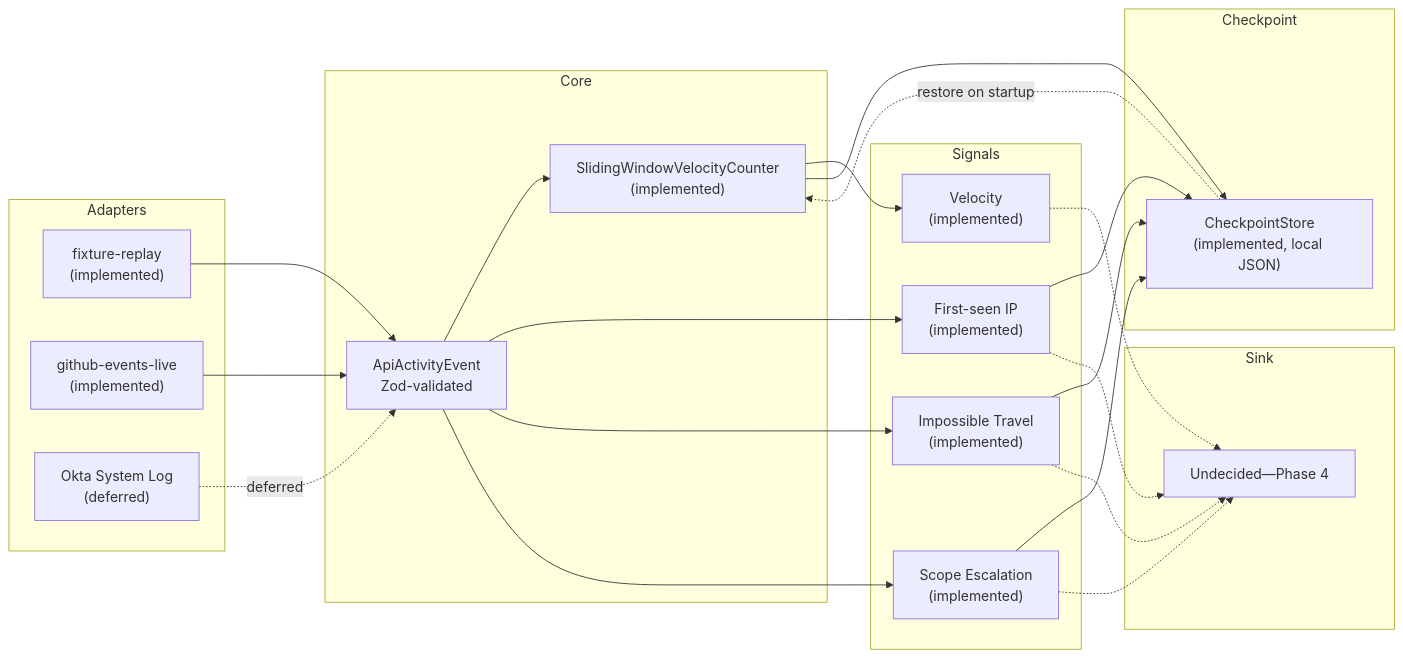
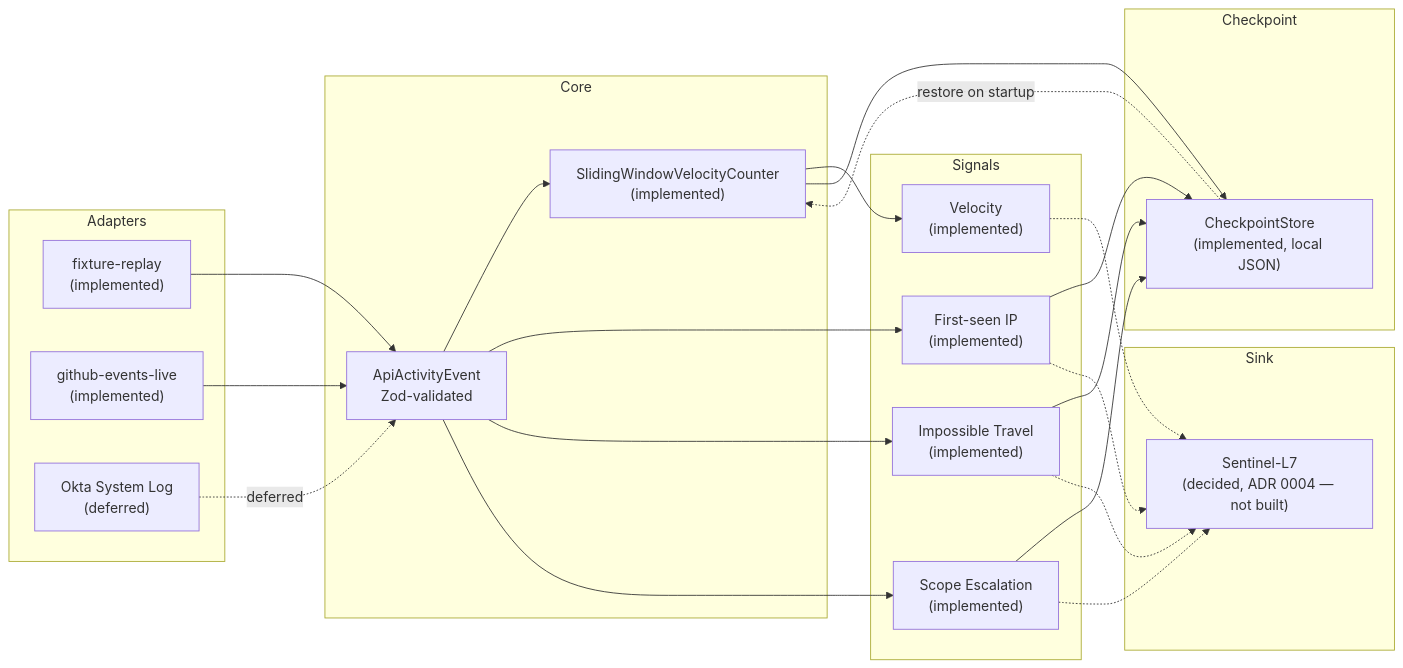
Before and after one commit to obrienma/Xylem-L6: the diagram in README.md, drawn with Mermaid. The commit also changed other lines of this file and 3 other files, not shown here.

First line of the commit message:
docs(adr): accept ADR 0004 — Xylem-L6 Phase 4 sink is Sentinel-L7   (Phase 4)

````diff
--- a/README.md
+++ b/README.md
@@ -85,42 +85,42 @@
 ```mermaid
 flowchart LR
     subgraph Adapters
         F["fixture-replay\n(implemented)"]
         G["github-events-live\n(implemented)"]
         O["Okta System Log\n(deferred)"]
     end
     subgraph Core
         E[ApiActivityEvent\nZod-validated]
         W["SlidingWindowVelocityCounter\n(implemented)"]
     end
     subgraph Signals
         V["Velocity\n(implemented)"]
         FS["First-seen IP\n(implemented)"]
         IT["Impossible Travel\n(implemented)"]
         SE["Scope Escalation\n(implemented)"]
     end
     subgraph Checkpoint
         CP["CheckpointStore\n(implemented, local JSON)"]
     end
     subgraph Sink
-        S[Undecided—Phase 4]
+        S["Sentinel-L7\n(decided, ADR 0004 — not built)"]
     end
 
     F --> E
     G --> E
     O -.->|deferred| E
     E --> W
     E --> FS
     E --> IT
     E --> SE
     W --> V
     W --> CP
     FS --> CP
     IT --> CP
     SE --> CP
     CP -.->|restore on startup| W
     V -.-> S
     FS -.-> S
     IT -.-> S
     SE -.-> S
 ```
````
